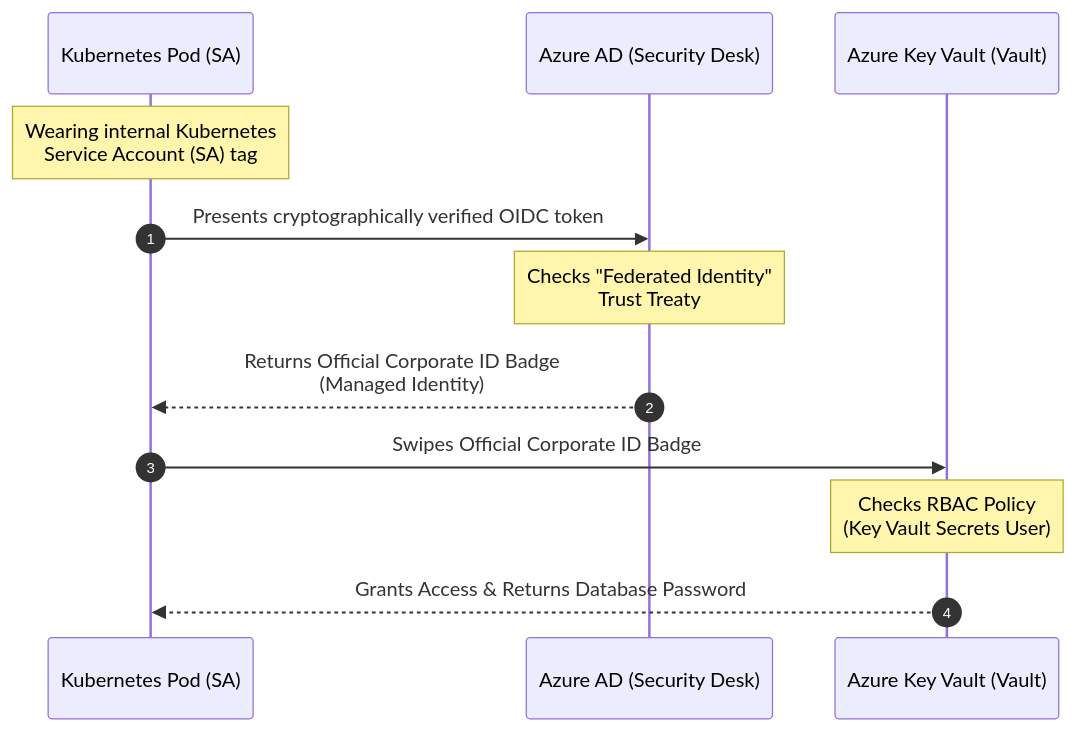
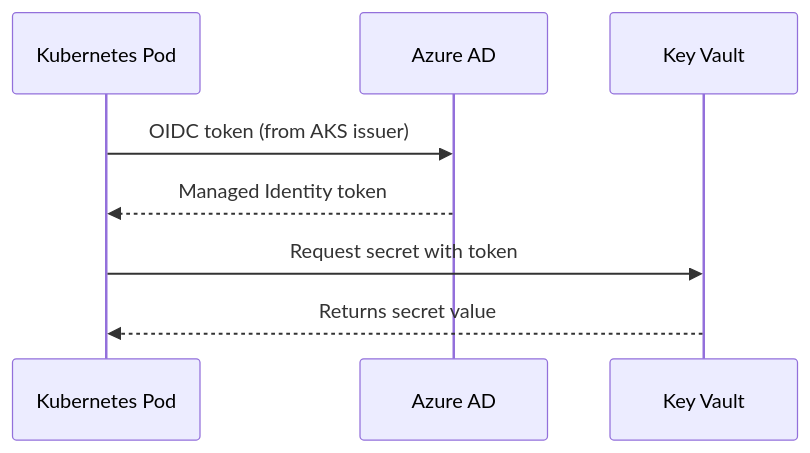
The second of 2 diagrams in README.md (nishadZC/boutique-infra-ado), drawn with Mermaid before and after one commit. The commit also changed other lines of this file and 39 other files, not shown here.

````diff
--- a/README.md
+++ b/README.md
@@ -103,15 +150,11 @@
 ```mermaid
 sequenceDiagram
-    autonumber
-    participant Pod as Kubernetes Pod (SA)
-    participant AzureAD as Azure AD (Security Desk)
-    participant KV as Azure Key Vault (Vault)
+    participant Pod as Kubernetes Pod
+    participant AzureAD as Azure AD
+    participant KV as Key Vault
 
-    Note over Pod: Wearing internal Kubernetes<br/>Service Account (SA) tag
-    Pod->>AzureAD: Presents cryptographically verified OIDC token
-    Note over AzureAD: Checks "Federated Identity"<br/>Trust Treaty
-    AzureAD-->>Pod: Returns Official Corporate ID Badge<br/>(Managed Identity)
-    Pod->>KV: Swipes Official Corporate ID Badge
-    Note over KV: Checks RBAC Policy<br/>(Key Vault Secrets User)
-    KV-->>Pod: Grants Access & Returns Database Password
+    Pod->>AzureAD: OIDC token (from AKS issuer)
+    AzureAD-->>Pod: Managed Identity token
+    Pod->>KV: Request secret with token
+    KV-->>Pod: Returns secret value
 ```
````
